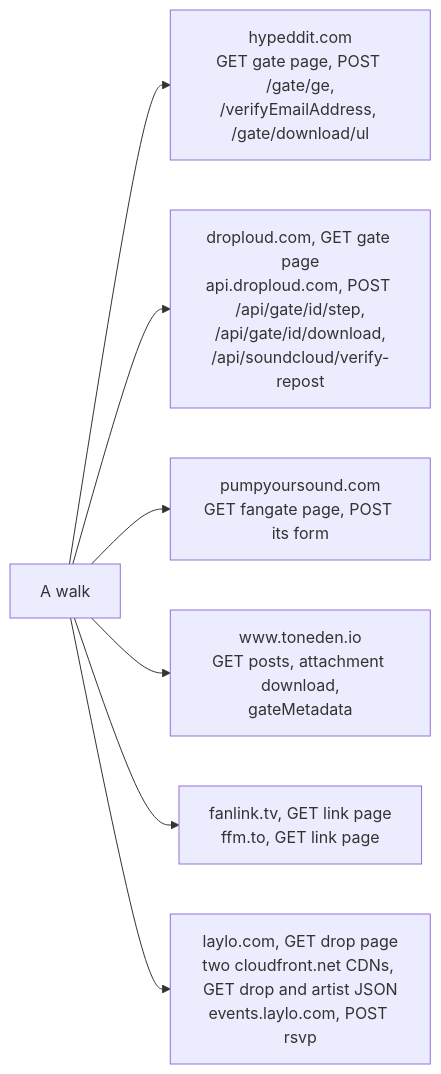
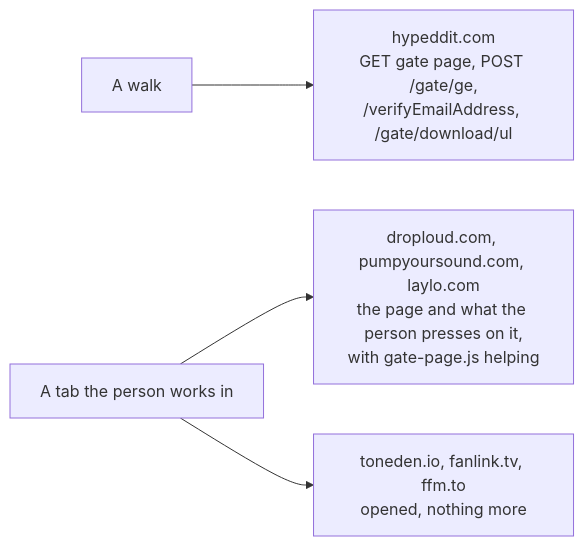
The second of 3 diagrams in apps/localtoolbox/docs/diagrams/outside-requests.md (cutenode/localnetwork), drawn with Mermaid before and after one commit. The commit also changed other lines of this file and 58 other files, not shown here.

First line of the commit message:
fix(localtoolbox): do download gates on the sites' own pages

````diff
--- a/apps/localtoolbox/docs/diagrams/outside-requests.md
+++ b/apps/localtoolbox/docs/diagrams/outside-requests.md
@@ -35,17 +35,12 @@
 ```mermaid
 flowchart LR
   Walk["A walk"]
   Hypeddit["hypeddit.com<br/>GET gate page, POST /gate/ge,<br/>/verifyEmailAddress, /gate/download/ul"]
-  Droploud["droploud.com, GET gate page<br/>api.droploud.com, POST /api/gate/id/step,<br/>/api/gate/id/download,<br/>/api/soundcloud/verify-repost"]
-  Pump["pumpyoursound.com<br/>GET fangate page, POST its form"]
-  Toneden["www.toneden.io<br/>GET posts, attachment download,<br/>gateMetadata"]
-  Fanlink["fanlink.tv, GET link page<br/>ffm.to, GET link page"]
-  Laylo["laylo.com, GET drop page<br/>two cloudfront.net CDNs, GET drop and artist JSON<br/>events.laylo.com, POST rsvp"]
+  Opened["A tab the person works in"]
+  Pages["droploud.com, pumpyoursound.com, laylo.com<br/>the page and what the person presses on it,<br/>with gate-page.js helping"]
+  Only["toneden.io, fanlink.tv, ffm.to<br/>opened, nothing more"]
 
   Walk --> Hypeddit
-  Walk --> Droploud
-  Walk --> Pump
-  Walk --> Toneden
-  Walk --> Fanlink
-  Walk --> Laylo
+  Opened --> Pages
+  Opened --> Only
 ```
````
